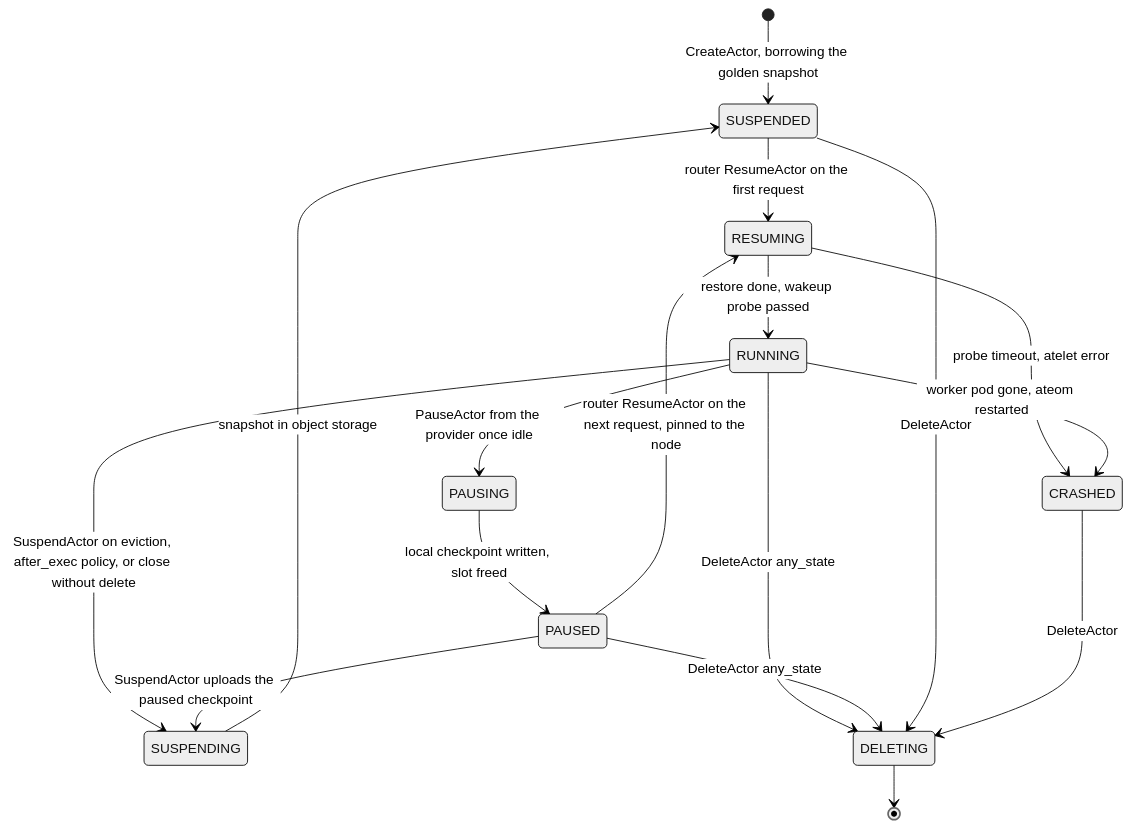
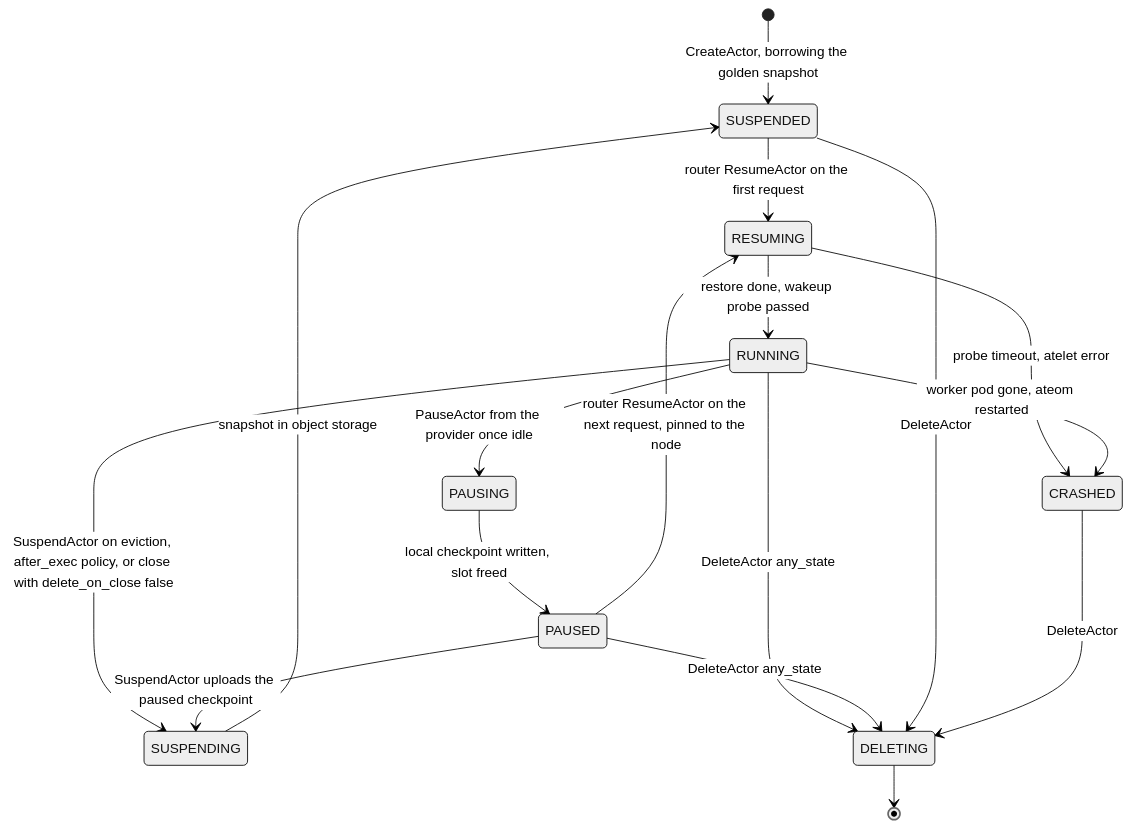
One commit to dims/gym-substrate changed the eighth of 8 diagrams in docs/architecture.md. Above: the diagram before and after it, drawn with Mermaid (neutral theme). The commit also changed other lines of this file and 3 other files, not shown here.

````diff
--- a/docs/architecture.md
+++ b/docs/architecture.md
@@ -315,19 +316,19 @@
 ```mermaid
 stateDiagram-v2
   [*] --> SUSPENDED: CreateActor, borrowing the golden snapshot
   SUSPENDED --> RESUMING: router ResumeActor on the first request
   PAUSED --> RESUMING: router ResumeActor on the next request, pinned to the node
   RESUMING --> RUNNING: restore done, wakeup probe passed
   RESUMING --> CRASHED: probe timeout, atelet error
   RUNNING --> PAUSING: PauseActor from the provider once idle
   PAUSING --> PAUSED: local checkpoint written, slot freed
-  RUNNING --> SUSPENDING: SuspendActor on eviction, after_exec policy, or close without delete
+  RUNNING --> SUSPENDING: SuspendActor on eviction, after_exec policy, or close with delete_on_close false
   PAUSED --> SUSPENDING: SuspendActor uploads the paused checkpoint
   SUSPENDING --> SUSPENDED: snapshot in object storage
   RUNNING --> CRASHED: worker pod gone, ateom restarted
   RUNNING --> DELETING: DeleteActor any_state
   PAUSED --> DELETING: DeleteActor any_state
   SUSPENDED --> DELETING: DeleteActor
   CRASHED --> DELETING: DeleteActor
   DELETING --> [*]
 ```
````
